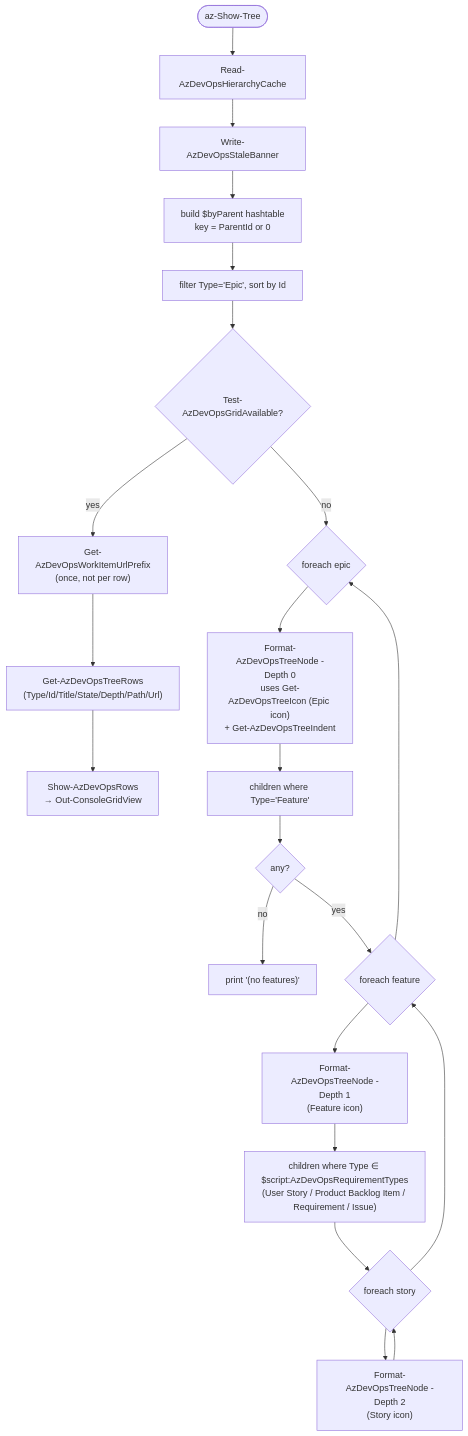
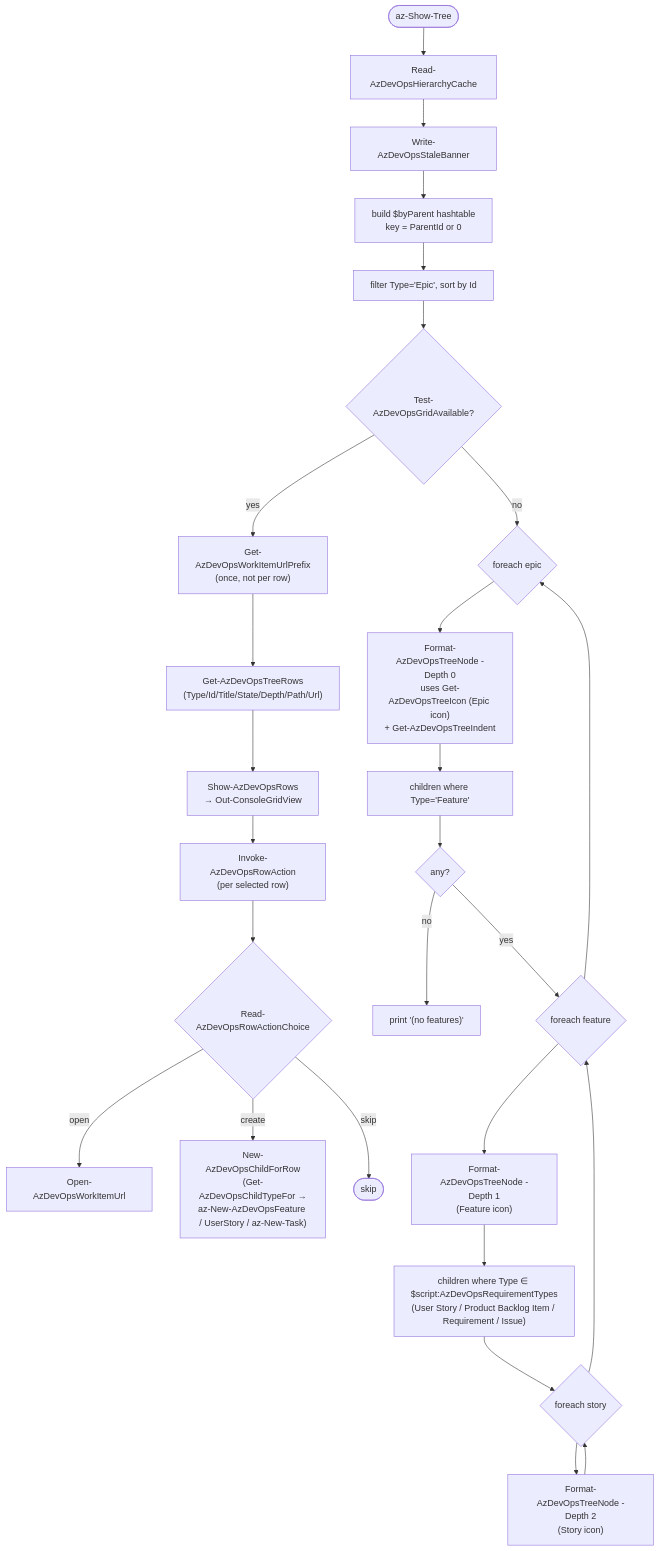
One commit to jdschleicher/bashcuts changed the seventh of 13 diagrams in docs/azure-devops-diagrams.md. Above: the diagram before and after it, drawn with Mermaid. The commit also changed other lines of this file, not shown here.

First line of the commit message:
Sync AzDO diagrams with az-New-Task and the post-selection row-action flow

````diff
--- a/docs/azure-devops-diagrams.md
+++ b/docs/azure-devops-diagrams.md
@@ -343,24 +349,29 @@
 ```mermaid
 flowchart TD
     Start([az-Show-Tree]) --> Read[Read-AzDevOpsHierarchyCache]
     Read --> Banner[Write-AzDevOpsStaleBanner]
     Banner --> Index["build $byParent hashtable<br/>key = ParentId or 0"]
     Index --> Epics["filter Type='Epic', sort by Id"]
     Epics --> Grid{Test-AzDevOpsGridAvailable?}
     Grid -- yes --> Pfx["Get-AzDevOpsWorkItemUrlPrefix<br/>(once, not per row)"]
     Pfx --> RowsFn["Get-AzDevOpsTreeRows<br/>(Type/Id/Title/State/Depth/Path/Url)"]
     RowsFn --> Show["Show-AzDevOpsRows<br/>→ Out-ConsoleGridView"]
+    Show --> Action["Invoke-AzDevOpsRowAction<br/>(per selected row)"]
+    Action --> Choice{Read-AzDevOpsRowActionChoice}
+    Choice -- open --> OpenSel["Open-AzDevOpsWorkItemUrl"]
+    Choice -- create --> Child["New-AzDevOpsChildForRow<br/>(Get-AzDevOpsChildTypeFor →<br/>az-New-AzDevOpsFeature / UserStory / az-New-Task)"]
+    Choice -- skip --> NoOp([skip])
     Grid -- no --> ForEpic{foreach epic}
     ForEpic --> NodeE["Format-AzDevOpsTreeNode -Depth 0<br/>uses Get-AzDevOpsTreeIcon (Epic icon)<br/>+ Get-AzDevOpsTreeIndent"]
     NodeE --> Features["children where Type='Feature'"]
     Features --> NoFeat{any?}
     NoFeat -- no --> Empty["print '(no features)'"]
     NoFeat -- yes --> ForFeat{foreach feature}
     ForFeat --> NodeF["Format-AzDevOpsTreeNode -Depth 1<br/>(Feature icon)"]
     NodeF --> Stories["children where Type ∈ $script:AzDevOpsRequirementTypes<br/>(User Story / Product Backlog Item / Requirement / Issue)"]
     Stories --> ForStory{foreach story}
     ForStory --> NodeS["Format-AzDevOpsTreeNode -Depth 2<br/>(Story icon)"]
     NodeS --> ForStory
     ForStory --> ForFeat
     ForFeat --> ForEpic
 ```
````
